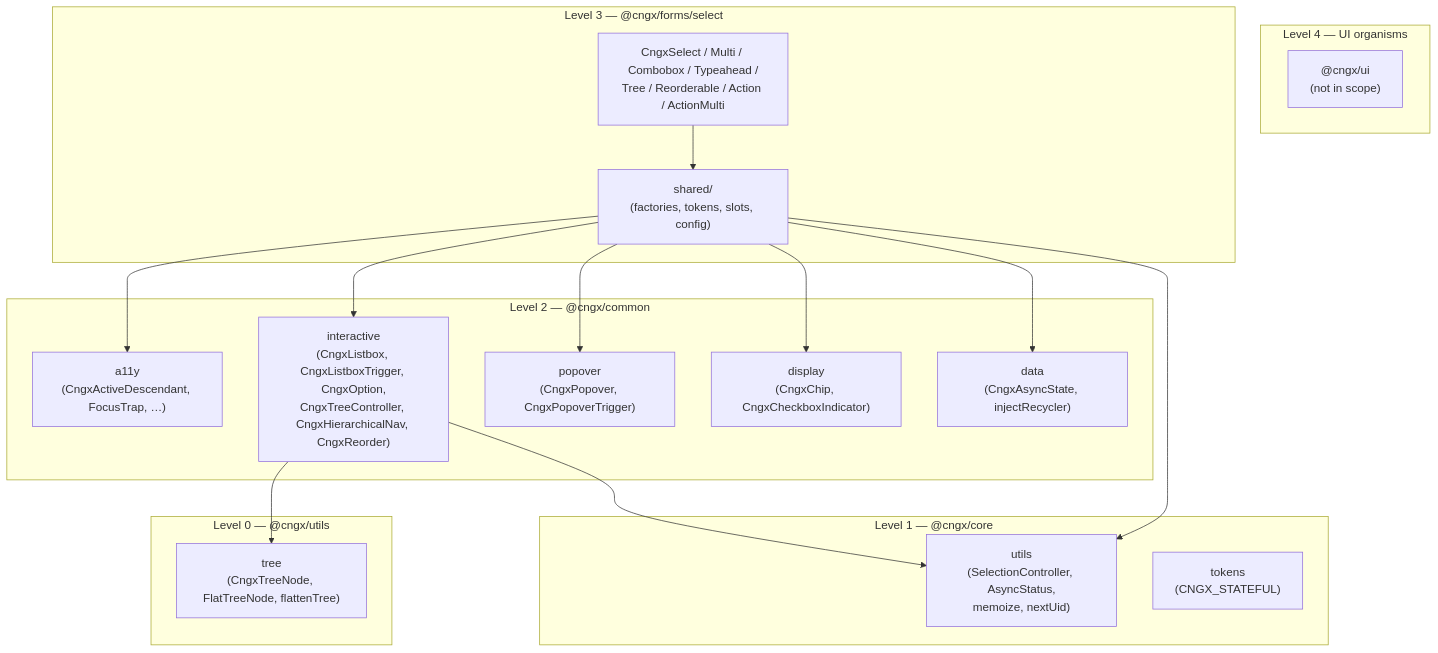
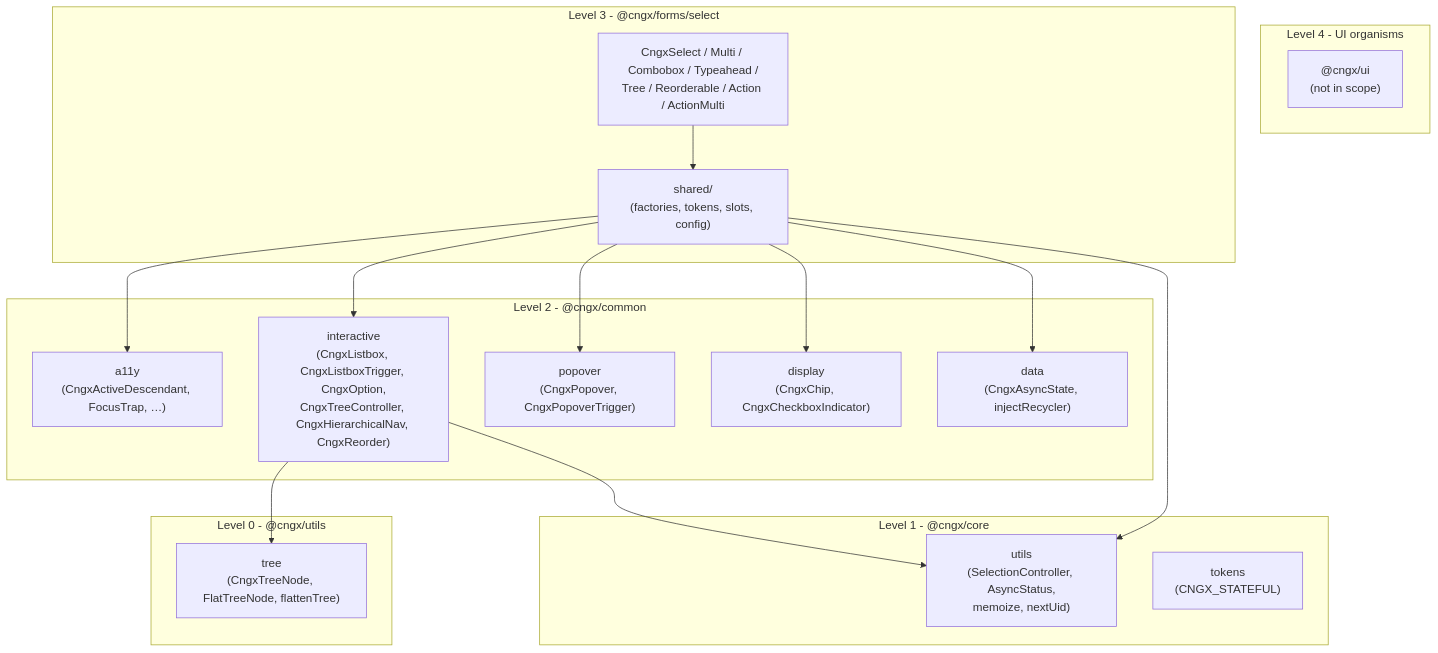
Before and after one commit to cngxjs/cngx: the first of 8 diagrams in projects/forms/select/ARCHITECTURE.md, drawn with Mermaid. The commit also changed other lines of this file and 53 other files, not shown here.

First line of the commit message:
docs: humanize library READMEs and select ARCHITECTURE.md

````diff
--- a/projects/forms/select/ARCHITECTURE.md
+++ b/projects/forms/select/ARCHITECTURE.md
@@ -79,38 +79,38 @@
 ```mermaid
 graph TD
-  subgraph L4["Level 4 — UI organisms"]
+  subgraph L4["Level 4 - UI organisms"]
     UI["@cngx/ui<br/>(not in scope)"]
   end
 
-  subgraph L3["Level 3 — @cngx/forms/select"]
+  subgraph L3["Level 3 - @cngx/forms/select"]
     Variants["CngxSelect / Multi / Combobox / Typeahead /<br/>Tree / Reorderable / Action / ActionMulti"]
     Shared["shared/<br/>(factories, tokens, slots, config)"]
     Variants --> Shared
   end
 
-  subgraph L2["Level 2 — @cngx/common"]
+  subgraph L2["Level 2 - @cngx/common"]
     A11y["a11y<br/>(CngxActiveDescendant, FocusTrap, …)"]
     Interactive["interactive<br/>(CngxListbox, CngxListboxTrigger, CngxOption,<br/>CngxTreeController, CngxHierarchicalNav, CngxReorder)"]
     Popover["popover<br/>(CngxPopover, CngxPopoverTrigger)"]
     Display["display<br/>(CngxChip, CngxCheckboxIndicator)"]
     Data["data<br/>(CngxAsyncState, injectRecycler)"]
   end
 
-  subgraph L1["Level 1 — @cngx/core"]
+  subgraph L1["Level 1 - @cngx/core"]
     CoreUtils["utils<br/>(SelectionController, AsyncStatus,<br/>memoize, nextUid)"]
     Tokens["tokens<br/>(CNGX_STATEFUL)"]
   end
 
-  subgraph L0["Level 0 — @cngx/utils"]
+  subgraph L0["Level 0 - @cngx/utils"]
     TreeUtils["tree<br/>(CngxTreeNode, FlatTreeNode, flattenTree)"]
   end
 
   Shared --> A11y
   Shared --> Interactive
   Shared --> Popover
   Shared --> Display
   Shared --> Data
   Interactive --> CoreUtils
   Interactive --> TreeUtils
   Shared --> CoreUtils
 ```
````
